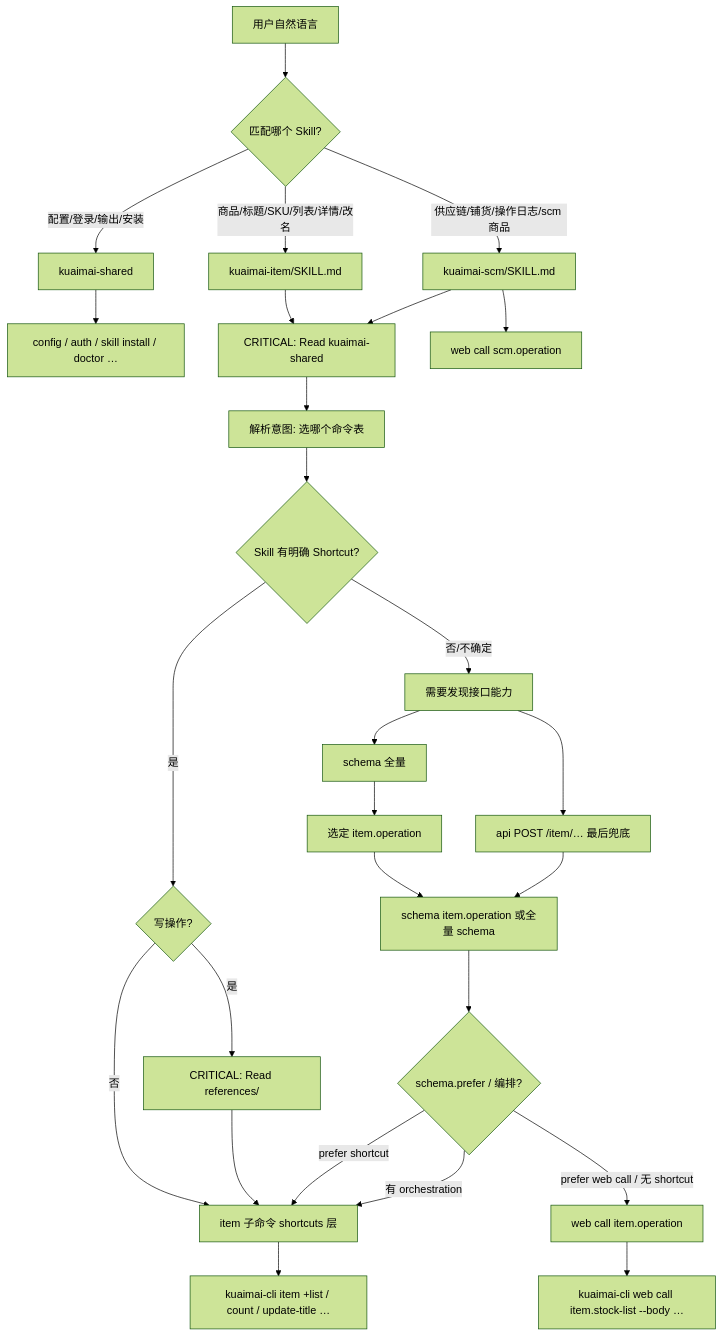
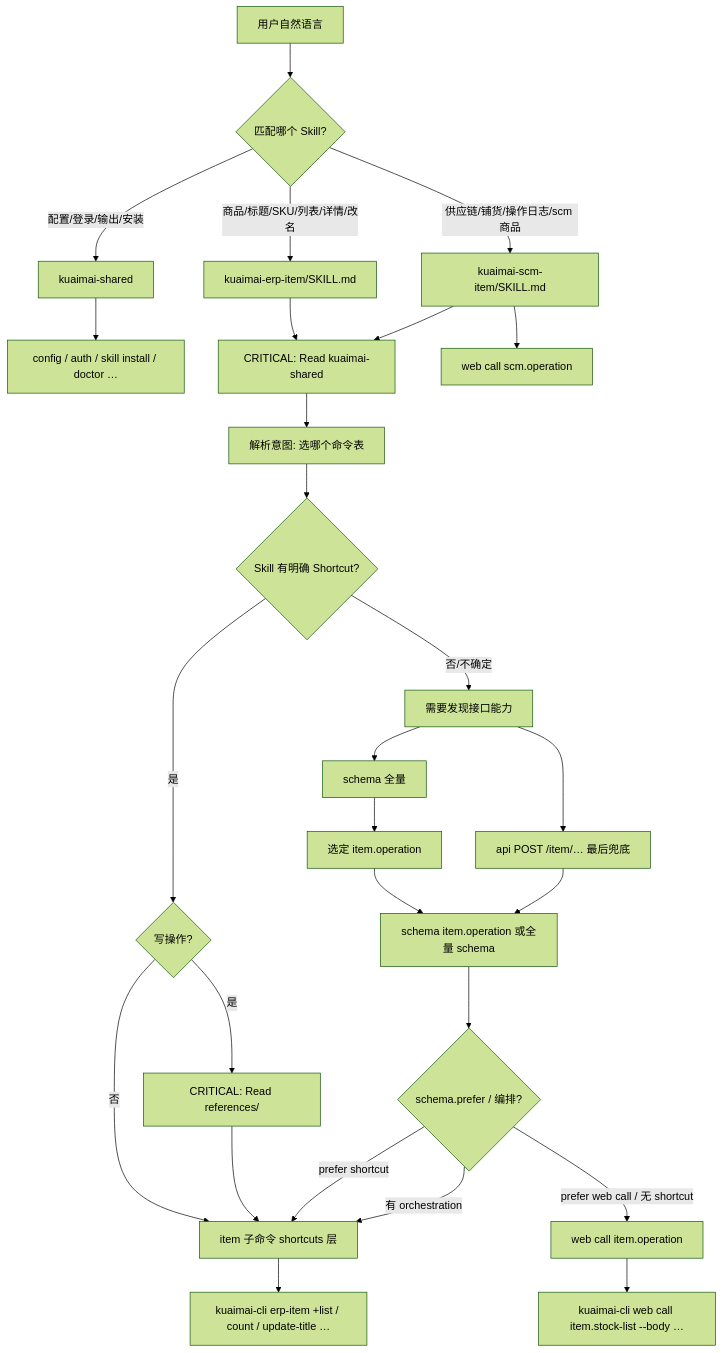
The first of 5 diagrams in docs/Agent命令选型与schema流程.md (kuaimai-cli/kuaimai-cli), drawn with Mermaid (forest theme) before and after one commit. The commit also changed other lines of this file and 46 other files, not shown here.

Commit message:
feat: add scm item publishing shortcuts

````diff
--- a/docs/Agent命令选型与schema流程.md
+++ b/docs/Agent命令选型与schema流程.md
@@ -32,38 +32,38 @@
 ```mermaid
 flowchart TD
   NL[用户自然语言] --> RouteSkill{匹配哪个 Skill?}
 
   RouteSkill -->|配置/登录/输出/安装| Shared[kuaimai-shared]
-  RouteSkill -->|商品/标题/SKU/列表/详情/改名| ItemSkill[kuaimai-item/SKILL.md]
-  RouteSkill -->|供应链/铺货/操作日志/scm 商品| ScmSkill[kuaimai-scm/SKILL.md]
+  RouteSkill -->|商品/标题/SKU/列表/详情/改名| ItemSkill[kuaimai-erp-item/SKILL.md]
+  RouteSkill -->|供应链/铺货/操作日志/scm 商品| ScmSkill[kuaimai-scm-item/SKILL.md]
 
   Shared --> SharedCmd[config / auth / skill install / doctor …]
   ItemSkill --> ReadShared[CRITICAL: Read kuaimai-shared]
   ScmSkill --> ReadShared
 
   ReadShared --> Intent[解析意图: 选哪个命令表]
   ScmSkill --> ScmService[web call scm.operation]
   Intent --> HasShortcut{Skill 有明确 Shortcut?}
 
   HasShortcut -->|是| WriteOp{写操作?}
   HasShortcut -->|否/不确定| NeedDiscover[需要发现接口能力]
 
   WriteOp -->|是| ReadRef[CRITICAL: Read references/]
   WriteOp -->|否| Shortcut[item 子命令 shortcuts 层]
 
   ReadRef --> Shortcut
 
   NeedDiscover --> SchemaFull[schema 全量]
   SchemaFull --> PickOp[选定 item.operation]
   PickOp --> SchemaOne[schema item.operation 或全量 schema]
 
   SchemaOne --> Prefer{schema.prefer / 编排?}
   Prefer -->|prefer shortcut| Shortcut
   Prefer -->|prefer web call / 无 shortcut| Service[web call item.operation]
   Prefer -->|有 orchestration| Shortcut
 
-  Shortcut --> Exec1["kuaimai-cli item +list / count / update-title …"]
+  Shortcut --> Exec1["kuaimai-cli erp-item +list / count / update-title …"]
   Service --> Exec2["kuaimai-cli web call item.stock-list --body …"]
   NeedDiscover --> ApiFallback["api POST /item/… 最后兜底"]
   ApiFallback --> SchemaOne
 ```
````
